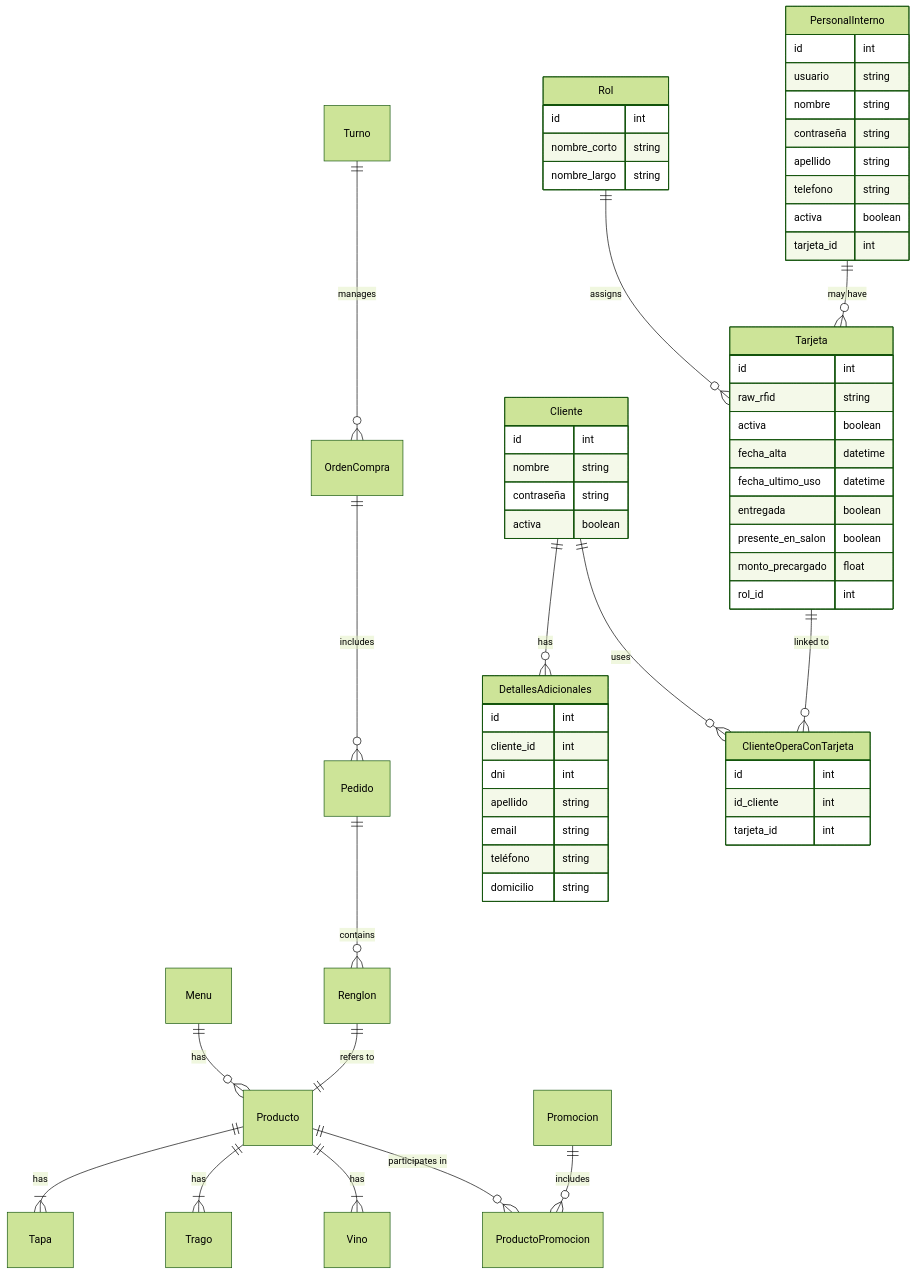
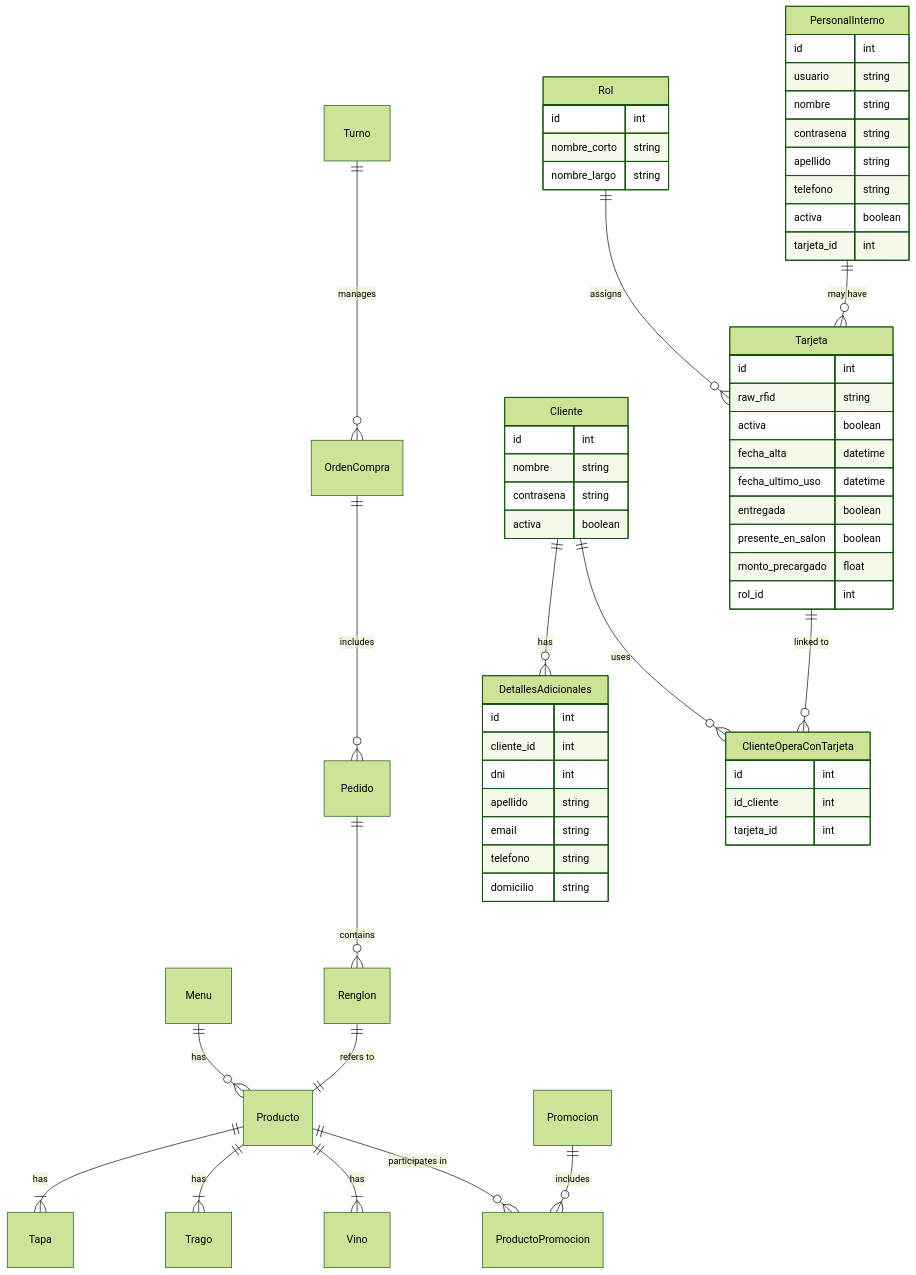
One commit to allanes/winebar-4 changed the diagram in backend/app/sql_app/README.md. Above: the diagram before and after it, drawn with Mermaid (forest theme).

Commit message:
Update README.md to use 'contrasena' instead of 'contraseña' for consistency.

````diff
--- a/backend/app/sql_app/README.md
+++ b/backend/app/sql_app/README.md
@@ -1,64 +1,64 @@
 ```mermaid
 erDiagram
     Menu ||--o{ Producto : has
     Producto ||--|{ Tapa : has
     Producto ||--|{ Trago : has
     Producto ||--|{ Vino : has
     Producto ||--o{ ProductoPromocion : "participates in"
     Promocion ||--o{ ProductoPromocion : includes
     Turno ||--o{ OrdenCompra : manages
     OrdenCompra ||--o{ Pedido : includes
     Pedido ||--o{ Renglon : contains
     Renglon ||--|| Producto : "refers to"
     Rol ||--o{ Tarjeta : assigns
     Cliente ||--o{ DetallesAdicionales : "has"
     Cliente ||--o{ ClienteOperaConTarjeta : uses
     Tarjeta ||--o{ ClienteOperaConTarjeta : "linked to"
     PersonalInterno ||--o{ Tarjeta : "may have"
     Rol {
         id int
         nombre_corto string
         nombre_largo string
     }
     Tarjeta {
         id int
         raw_rfid string
         activa boolean
         fecha_alta datetime
         fecha_ultimo_uso datetime
         entregada boolean
         presente_en_salon boolean
         monto_precargado float
         rol_id int
     }
     Cliente {
         id int
         nombre string
-        contraseña string
+        contrasena string
         activa boolean
     }
     PersonalInterno {
         id int
         usuario string
         nombre string
-        contraseña string
+        contrasena string
         apellido string
         telefono string
         activa boolean
         tarjeta_id int
     }
     DetallesAdicionales {
         id int
         cliente_id int
         dni int
         apellido string
         email string
-        teléfono string
+        telefono string
         domicilio string
     }
     ClienteOperaConTarjeta {
         id int
         id_cliente int
         tarjeta_id int
     }
 ```
````
